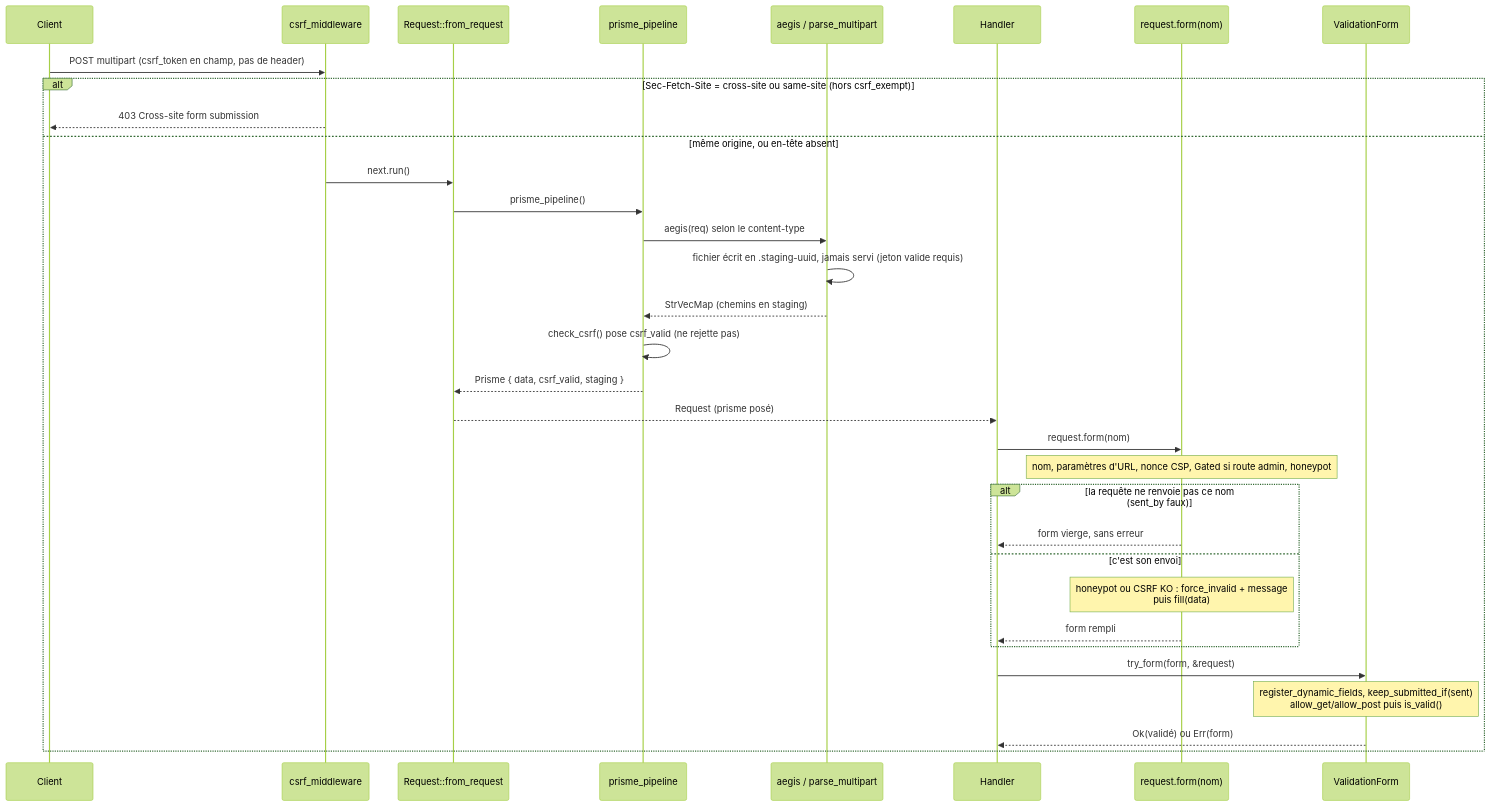
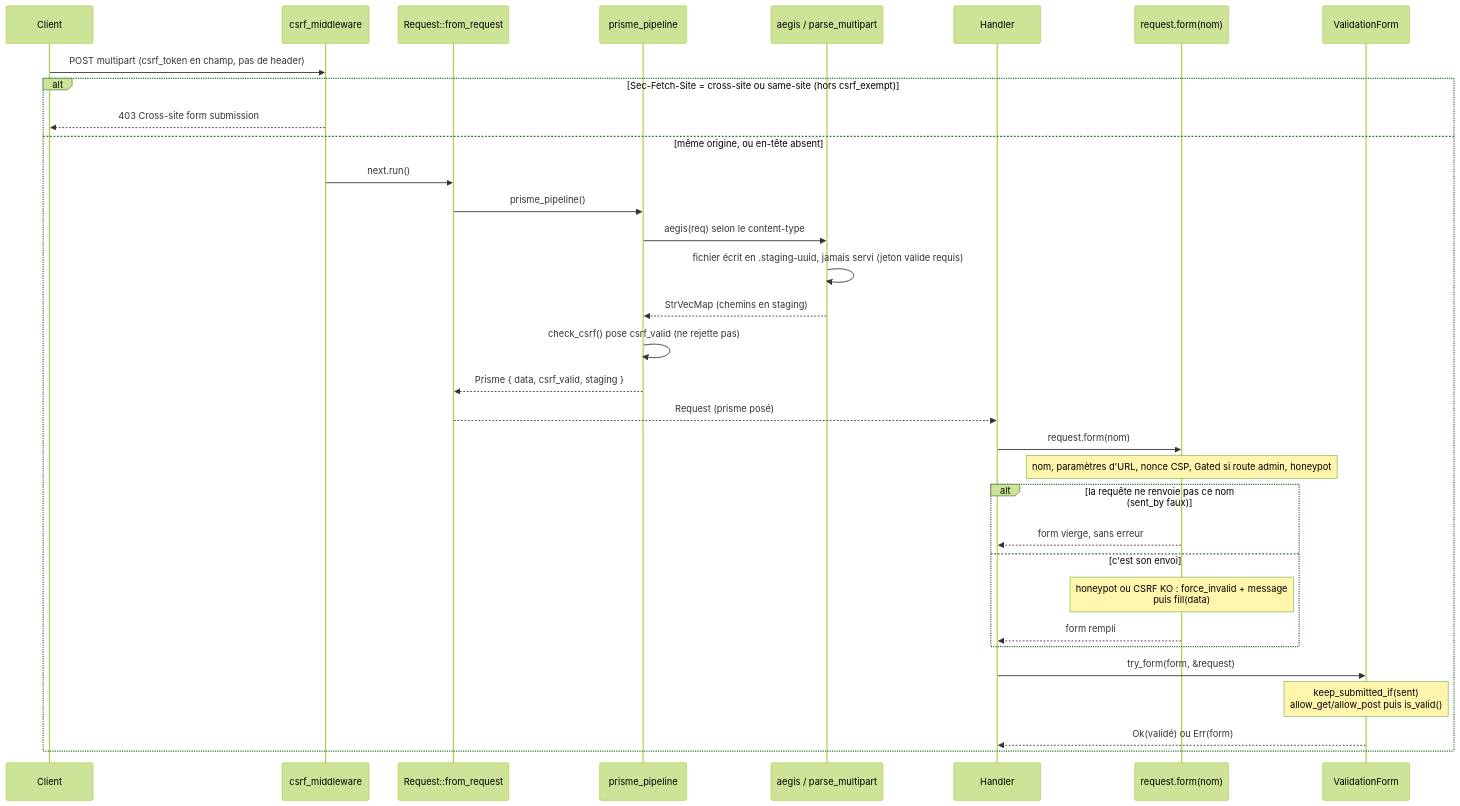
The first of 2 diagrams in diagramme/flux/requete-csrf-upload.md (seb-alliot/runique), drawn with Mermaid (forest theme) before and after one commit. The commit also changed other lines of this file and 57 other files, not shown here.

Commit message:
fix few bug && diagramme

````diff
--- a/diagramme/flux/requete-csrf-upload.md
+++ b/diagramme/flux/requete-csrf-upload.md
@@ -5,36 +5,36 @@
 ```mermaid
 sequenceDiagram
     participant C as Client
     participant MW as csrf_middleware
     participant EX as Request::from_request
     participant P as prisme_pipeline
     participant AG as aegis / parse_multipart
     participant H as Handler
     participant F as request.form(nom)
     participant V as ValidationForm
 
     C->>MW: POST multipart (csrf_token en champ, pas de header)
     alt Sec-Fetch-Site = cross-site ou same-site (hors csrf_exempt)
         MW-->>C: 403 Cross-site form submission
     else même origine, ou en-tête absent
         MW->>EX: next.run()
         EX->>P: prisme_pipeline()
         P->>AG: aegis(req) selon le content-type
         AG->>AG: fichier écrit en .staging-uuid, jamais servi (jeton valide requis)
         AG-->>P: StrVecMap (chemins en staging)
         P->>P: check_csrf() pose csrf_valid (ne rejette pas)
         P-->>EX: Prisme { data, csrf_valid, staging }
         EX-->>H: Request (prisme posé)
         H->>F: request.form(nom)
         Note over F: nom, paramètres d'URL, nonce CSP, Gated si route admin, honeypot
         alt la requête ne renvoie pas ce nom (sent_by faux)
             F-->>H: form vierge, sans erreur
         else c'est son envoi
             Note over F: honeypot ou CSRF KO : force_invalid + message<br/>puis fill(data)
             F-->>H: form rempli
         end
         H->>V: try_form(form, &request)
-        Note over V: register_dynamic_fields, keep_submitted_if(sent)<br/>allow_get/allow_post puis is_valid()
+        Note over V: keep_submitted_if(sent)<br/>allow_get/allow_post puis is_valid()
         V-->>H: Ok(validé) ou Err(form)
     end
 ```
````
